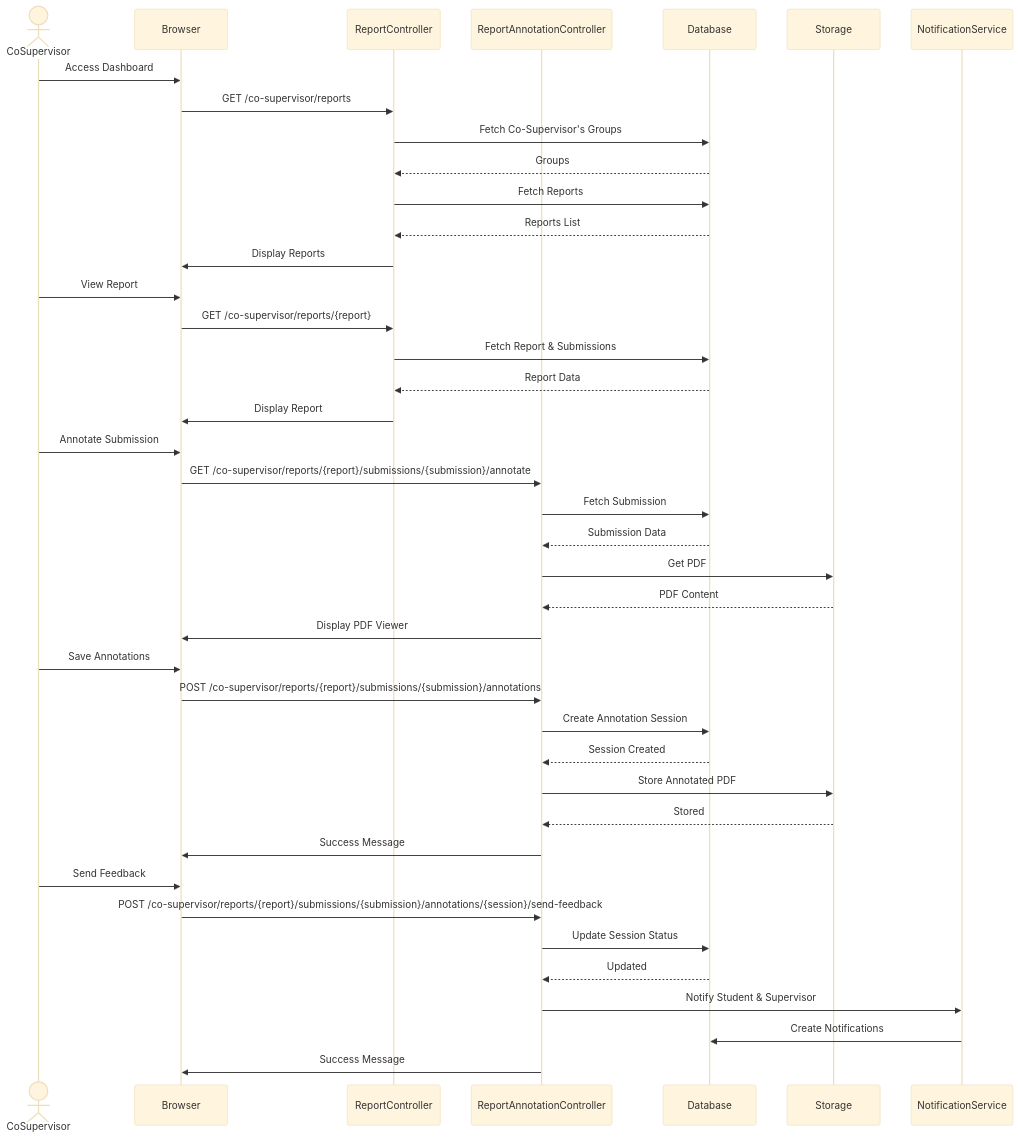
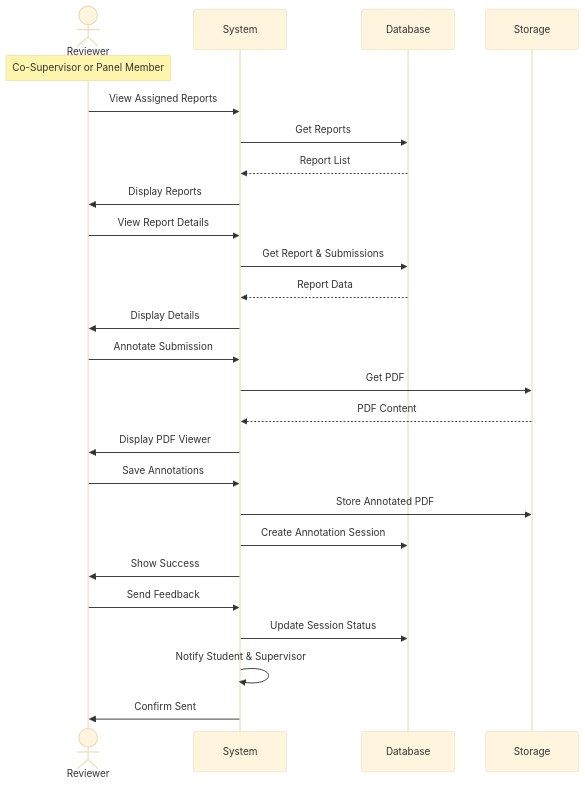
Before and after one commit to abdullah2323442/thesisrepo-backup: diagram 12 of 19 in documentation/sequence-diagrams.md, drawn with Mermaid (base theme). The commit also changed other lines of this file, not shown here.

````diff
--- a/documentation/sequence-diagrams.md
+++ b/documentation/sequence-diagrams.md
@@ -589,48 +364,33 @@
 ```mermaid
 sequenceDiagram
-    actor CoSupervisor
-    participant Browser
-    participant ReportController
-    participant ReportAnnotationController
+    actor Reviewer
+    Note over Reviewer: Co-Supervisor or Panel Member
+    participant System
     participant Database
     participant Storage
-    participant NotificationService
 
-    CoSupervisor->>Browser: Access Dashboard
-    Browser->>ReportController: GET /co-supervisor/reports
-    ReportController->>Database: Fetch Co-Supervisor's Groups
-    Database-->>ReportController: Groups
-    ReportController->>Database: Fetch Reports
-    Database-->>ReportController: Reports List
-    ReportController->>Browser: Display Reports
+    Reviewer->>System: View Assigned Reports
+    System->>Database: Get Reports
+    Database-->>System: Report List
+    System->>Reviewer: Display Reports
     
-    CoSupervisor->>Browser: View Report
-    Browser->>ReportController: GET /co-supervisor/reports/{report}
-    ReportController->>Database: Fetch Report & Submissions
-    Database-->>ReportController: Report Data
-    ReportController->>Browser: Display Report
+    Reviewer->>System: View Report Details
+    System->>Database: Get Report & Submissions
+    Database-->>System: Report Data
+    System->>Reviewer: Display Details
     
-    CoSupervisor->>Browser: Annotate Submission
-    Browser->>ReportAnnotationController: GET /co-supervisor/reports/{report}/submissions/{submission}/annotate
-    ReportAnnotationController->>Database: Fetch Submission
-    Database-->>ReportAnnotationController: Submission Data
-    ReportAnnotationController->>Storage: Get PDF
-    Storage-->>ReportAnnotationController: PDF Content
-    ReportAnnotationController->>Browser: Display PDF Viewer
+    Reviewer->>System: Annotate Submission
+    System->>Storage: Get PDF
+    Storage-->>System: PDF Content
+    System->>Reviewer: Display PDF Viewer
     
-    CoSupervisor->>Browser: Save Annotations
-    Browser->>ReportAnnotationController: POST /co-supervisor/reports/{report}/submissions/{submission}/annotations
-    ReportAnnotationController->>Database: Create Annotation Session
-    Database-->>ReportAnnotationController: Session Created
-    ReportAnnotationController->>Storage: Store Annotated PDF
-    Storage-->>ReportAnnotationController: Stored
-    ReportAnnotationController->>Browser: Success Message
+    Reviewer->>System: Save Annotations
+    System->>Storage: Store Annotated PDF
+    System->>Database: Create Annotation Session
+    System->>Reviewer: Show Success
     
-    CoSupervisor->>Browser: Send Feedback
-    Browser->>ReportAnnotationController: POST /co-supervisor/reports/{report}/submissions/{submission}/annotations/{session}/send-feedback
-    ReportAnnotationController->>Database: Update Session Status
-    Database-->>ReportAnnotationController: Updated
-    ReportAnnotationController->>NotificationService: Notify Student & Supervisor
-    NotificationService->>Database: Create Notifications
-    ReportAnnotationController->>Browser: Success Message
+    Reviewer->>System: Send Feedback
+    System->>Database: Update Session Status
+    System->>System: Notify Student & Supervisor
+    System->>Reviewer: Confirm Sent
 ```
````
